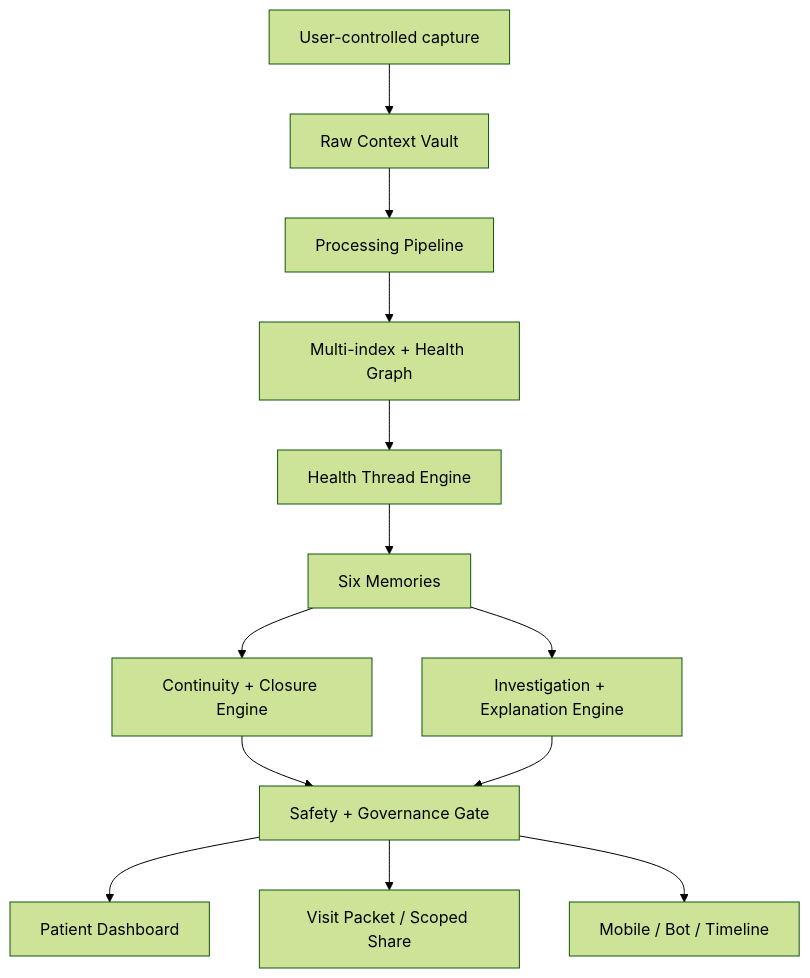
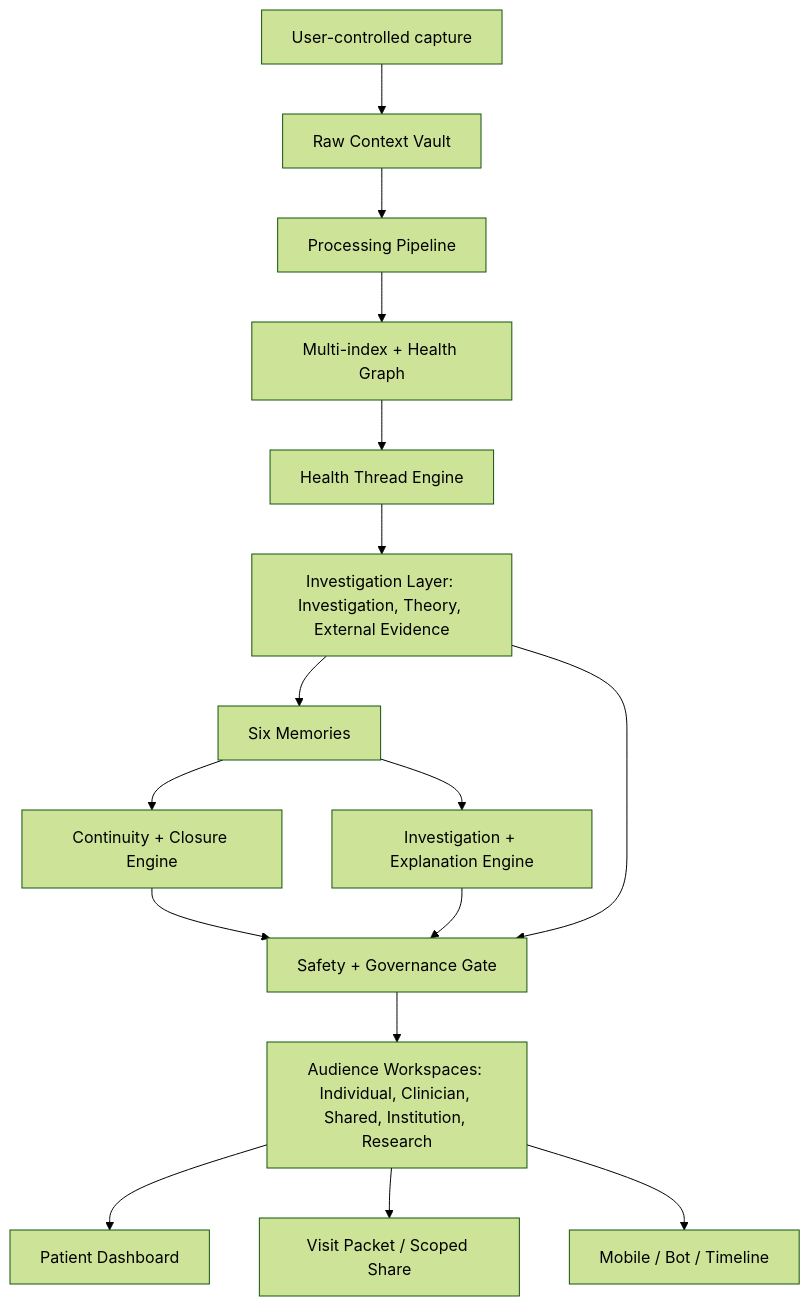
The diagram in docs/system-design/architecture.md (benneliass/wellbe-2), drawn with Mermaid (forest theme) before and after one commit. The commit also changed other lines of this file and 9 other files, not shown here.

First line of the commit message:
Add Investigation/Theory/External-Evidence layer and workspace components

````diff
--- a/docs/system-design/architecture.md
+++ b/docs/system-design/architecture.md
@@ -3,15 +3,18 @@
 ```mermaid
 flowchart TD
     A[User-controlled capture] --> B[Raw Context Vault]
     B --> C[Processing Pipeline]
     C --> D[Multi-index + Health Graph]
     D --> E[Health Thread Engine]
-    E --> F[Six Memories]
+    E --> INV[Investigation Layer: Investigation, Theory, External Evidence]
+    INV --> F[Six Memories]
     F --> G[Continuity + Closure Engine]
     F --> H[Investigation + Explanation Engine]
     G --> I[Safety + Governance Gate]
     H --> I
-    I --> J[Patient Dashboard]
-    I --> K[Visit Packet / Scoped Share]
-    I --> L[Mobile / Bot / Timeline]
+    INV --> I
+    I --> WS[Audience Workspaces: Individual, Clinician, Shared, Institution, Research]
+    WS --> J[Patient Dashboard]
+    WS --> K[Visit Packet / Scoped Share]
+    WS --> L[Mobile / Bot / Timeline]
 ```
````
